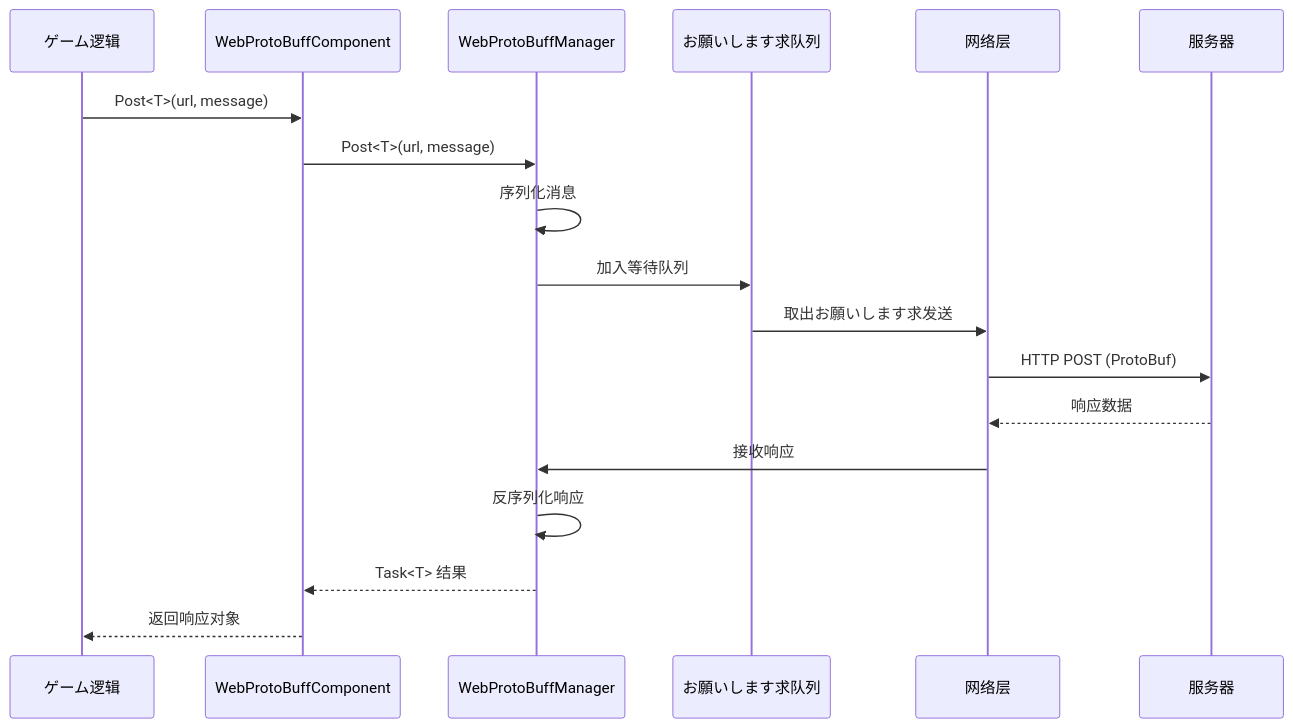
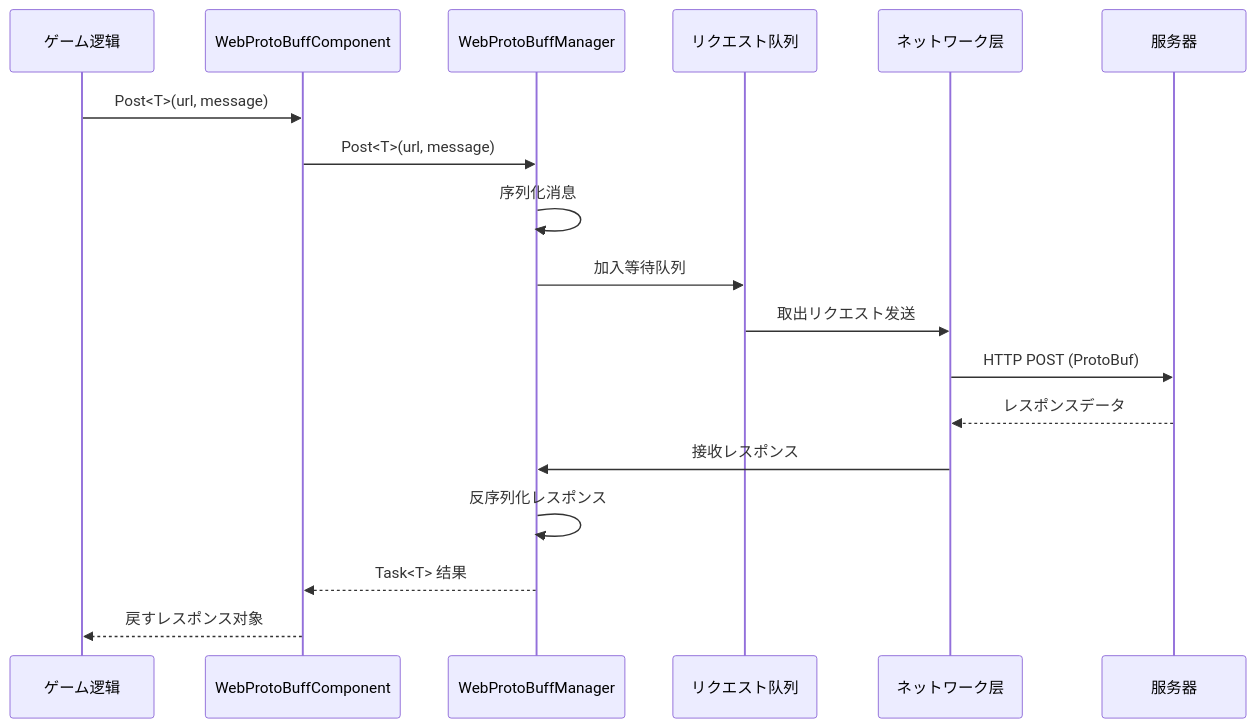
One commit to AlianBlank/GameFrameX.Docs changed the second of 2 diagrams in docs/ja/client/unity/component/web-protobuff/03.getting-started.md. Above: the diagram before and after it, drawn with Mermaid. The commit also changed other lines of this file and 320 other files, not shown here.

````diff
--- a/docs/ja/client/unity/component/web-protobuff/03.getting-started.md
+++ b/docs/ja/client/unity/component/web-protobuff/03.getting-started.md
@@ -78,21 +78,21 @@
 ```mermaid
 sequenceDiagram
     participant Game as ゲーム逻辑
     participant Comp as WebProtoBuffComponent
     participant Manager as WebProtoBuffManager
-    participant Queue as お願いします求队列
-    participant Network as 网络层
+    participant Queue as リクエスト队列
+    participant Network as ネットワーク层
     participant Server as 服务器
 
     Game->>Comp: Post<T>(url, message)
     Comp->>Manager: Post<T>(url, message)
     Manager->>Manager: 序列化消息
     Manager->>Queue: 加入等待队列
-    Queue->>Network: 取出お願いします求发送
+    Queue->>Network: 取出リクエスト发送
     Network->>Server: HTTP POST (ProtoBuf)
-    Server-->>Network: 响应数据
-    Network->>Manager: 接收响应
-    Manager->>Manager: 反序列化响应
+    Server-->>Network: レスポンスデータ
+    Network->>Manager: 接收レスポンス
+    Manager->>Manager: 反序列化レスポンス
     Manager-->>Comp: Task<T> 结果
-    Comp-->>Game: 返回响应对象
+    Comp-->>Game: 戻すレスポンス对象
 ```
````
